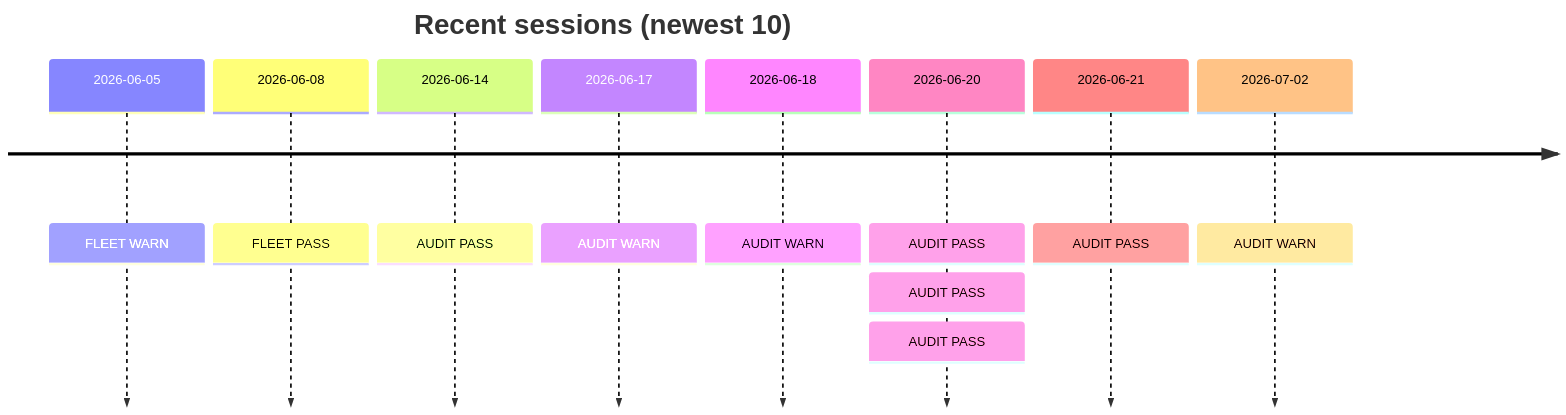
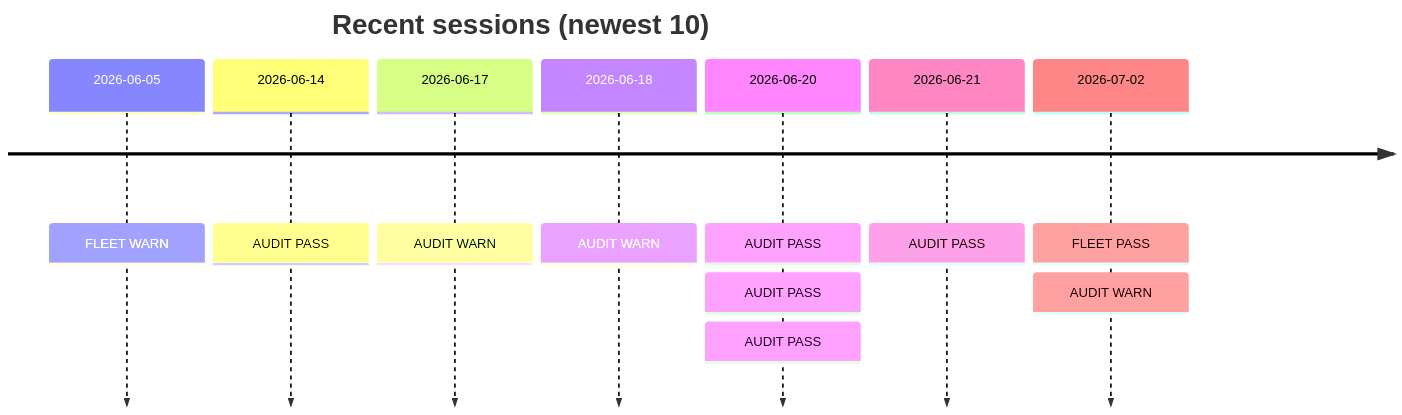
One commit to Neoptolemospapadiofantous/automation_dashboard changed the diagram in docs/hermes/dashboard.md. Above: the diagram before and after it, drawn with Mermaid. The commit also changed other lines of this file and 14 other files, not shown here.

````diff
--- a/docs/hermes/dashboard.md
+++ b/docs/hermes/dashboard.md
@@ -15,22 +15,21 @@
 ```mermaid
 timeline
     title Recent sessions (newest 10)
     2026-06-05
         : FLEET WARN
-    2026-06-08
-        : FLEET PASS
     2026-06-14
         : AUDIT PASS
     2026-06-17
         : AUDIT WARN
     2026-06-18
         : AUDIT WARN
     2026-06-20
         : AUDIT PASS
         : AUDIT PASS
         : AUDIT PASS
     2026-06-21
         : AUDIT PASS
     2026-07-02
+        : FLEET PASS
         : AUDIT WARN
 ```
````
